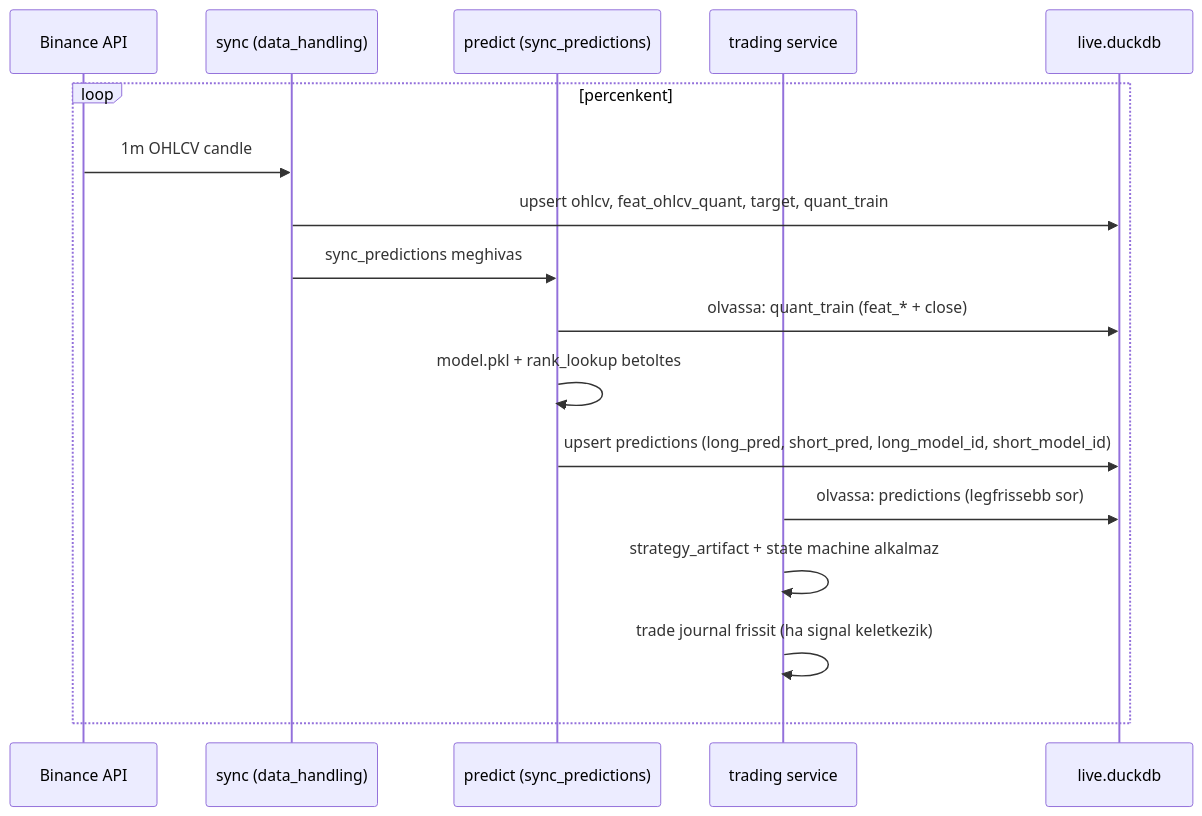
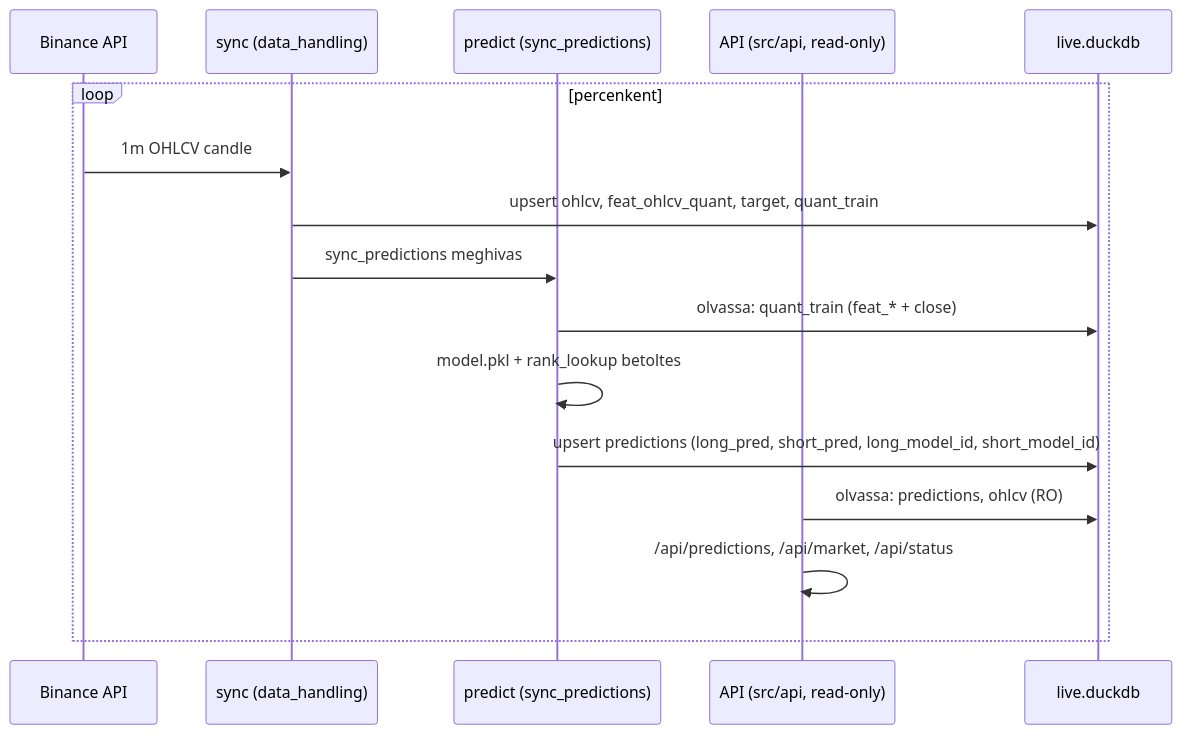
The first of 5 diagrams in _doc_/database_and_code_doc/0003_runtime_flow.md (Nemesis14/chronoquant), drawn with Mermaid before and after one commit. The commit also changed other lines of this file and 1008 other files, not shown here.

````diff
--- a/_doc_/database_and_code_doc/0003_runtime_flow.md
+++ b/_doc_/database_and_code_doc/0003_runtime_flow.md
@@ -12,20 +12,19 @@
 ```mermaid
 sequenceDiagram
   participant B as Binance API
   participant S as sync (data_handling)
   participant P as predict (sync_predictions)
-  participant T as trading service
+  participant T as API (src/api, read-only)
   participant DB as live.duckdb
 
   loop percenkent
     B->>S: 1m OHLCV candle
     S->>DB: upsert ohlcv, feat_ohlcv_quant, target, quant_train
     S->>P: sync_predictions meghivas
     P->>DB: olvassa: quant_train (feat_* + close)
     P->>P: model.pkl + rank_lookup betoltes
     P->>DB: upsert predictions (long_pred, short_pred, long_model_id, short_model_id)
-    T->>DB: olvassa: predictions (legfrissebb sor)
-    T->>T: strategy_artifact + state machine alkalmaz
-    T->>T: trade journal frissit (ha signal keletkezik)
+    T->>DB: olvassa: predictions, ohlcv (RO)
+    T->>T: /api/predictions, /api/market, /api/status
   end
 ```
````
